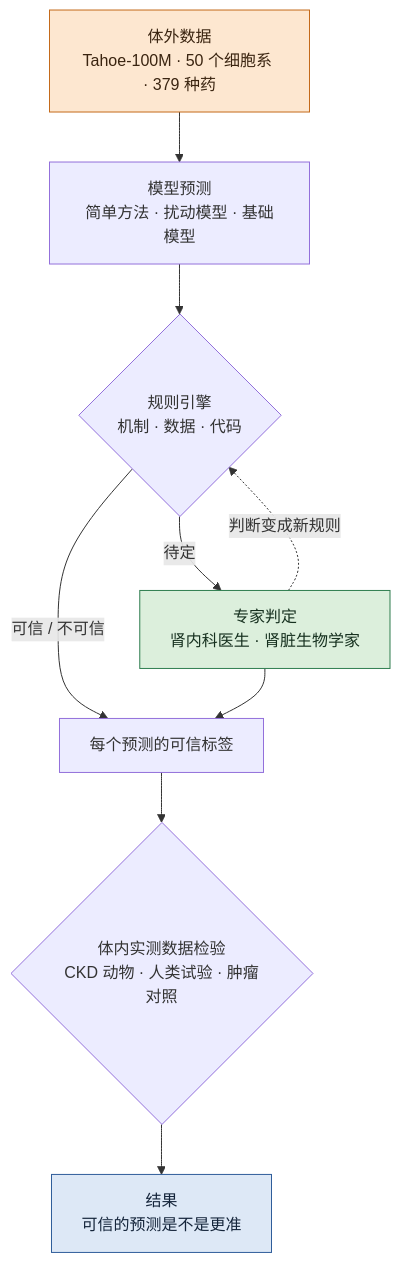
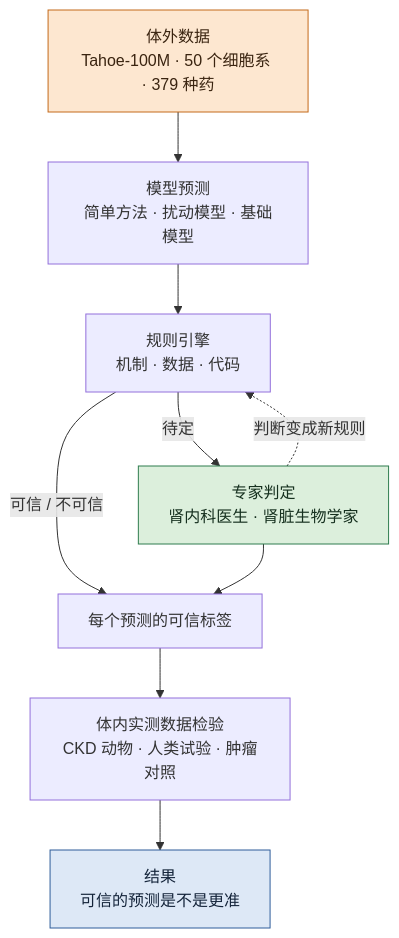
One commit to jasonjin34/Medical_reading_material changed the diagram in docs/research/perturbation-benchmark.zh.md. Above: the diagram before and after it, drawn with Mermaid. The commit also changed 2 other files, not shown here.

Commit message:
perturbation topic: draw the flow diagram with boxes instead of diamonds
Claude-Session: https://claude.ai/code/session_01C3gqZx4KC98jK9KQ6UskbC

````diff
--- a/docs/research/perturbation-benchmark.zh.md
+++ b/docs/research/perturbation-benchmark.zh.md
@@ -93,17 +93,17 @@
 ```mermaid
 flowchart TB
   V["体外数据<br/>Tahoe-100M · 50 个细胞系 · 379 种药"] --> M["模型预测<br/>简单方法 · 扰动模型 · 基础模型"]
-  M --> R{"规则引擎<br/>机制 · 数据 · 代码"}
+  M --> R["规则引擎<br/>机制 · 数据 · 代码"]
   R -->|"可信 / 不可信"| L["每个预测的可信标签"]
   R -->|"待定"| X["专家判定<br/>肾内科医生 · 肾脏生物学家"]
   X --> L
   X -.->|"判断变成新规则"| R
-  L --> T{"体内实测数据检验<br/>CKD 动物 · 人类试验 · 肿瘤对照"}
+  L --> T["体内实测数据检验<br/>CKD 动物 · 人类试验 · 肿瘤对照"]
   T --> O["结果<br/>可信的预测是不是更准"]
   classDef data fill:#fde7d0,stroke:#c46a1a,color:#3a2410
   classDef human fill:#dcefdc,stroke:#2f7d4f,color:#16301f
   classDef out fill:#dde8f6,stroke:#2f5d9a,color:#14243a
   class V data
   class X human
   class O out
 ```
````
